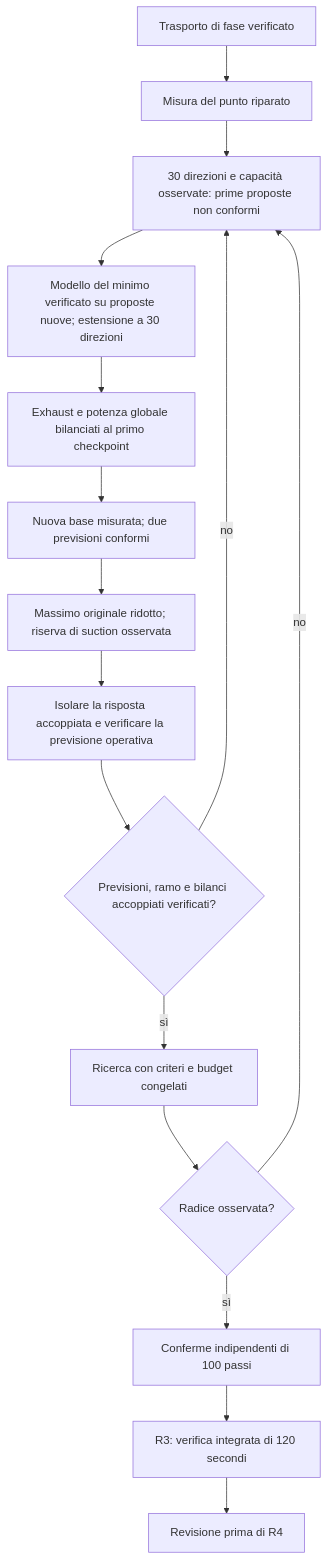
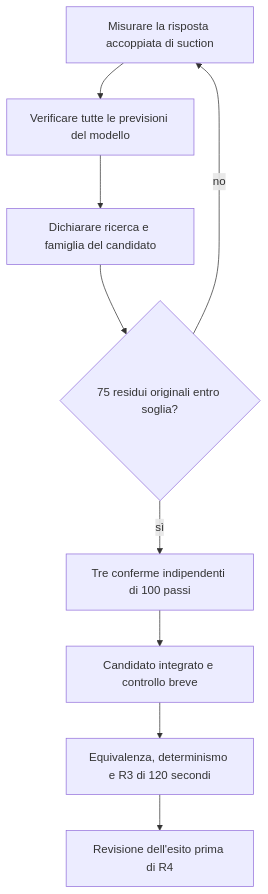
One commit to archistico/NuclearReactorSimulator changed the first of 2 diagrams in docs/ROADMAP.md. Above: the diagram before and after it, drawn with Mermaid. The commit also changed other lines of this file and 10 other files, not shown here.

````diff
--- a/docs/ROADMAP.md
+++ b/docs/ROADMAP.md
@@ -104,18 +49,11 @@
 ```mermaid
 flowchart TD
-    R["Trasporto di fase verificato"] --> M["Misura del punto riparato"]
-    M --> S["30 direzioni e capacità osservate: prime proposte non conformi"]
-    S --> A["Modello del minimo verificato su proposte nuove; estensione a 30 direzioni"]
-    A --> P["Exhaust e potenza globale bilanciati al primo checkpoint"]
-    P --> L["Nuova base misurata; due previsioni conformi"]
-    L --> O["Massimo originale ridotto; riserva di suction osservata"]
-    O --> J["Isolare la risposta accoppiata e verificare la previsione operativa"]
-    J --> B{"Previsioni, ramo e bilanci accoppiati verificati?"}
-    B -->|"no"| S
-    B -->|"sì"| C["Ricerca con criteri e budget congelati"]
-    C --> D{"Radice osservata?"}
-    D -->|"no"| S
-    D -->|"sì"| E["Conferme indipendenti di 100 passi"]
-    E --> F["R3: verifica integrata di 120 secondi"]
-    F --> G["Revisione prima di R4"]
+    M["Misurare la risposta accoppiata di suction"] --> P["Verificare tutte le previsioni del modello"]
+    P --> R["Dichiarare ricerca e famiglia del candidato"]
+    R --> Z{"75 residui originali entro soglia?"}
+    Z -->|"no"| M
+    Z -->|"sì"| C["Tre conferme indipendenti di 100 passi"]
+    C --> I["Candidato integrato e controllo breve"]
+    I --> Q["Equivalenza, determinismo e R3 di 120 secondi"]
+    Q --> V["Revisione dell'esito prima di R4"]
 ```
````
